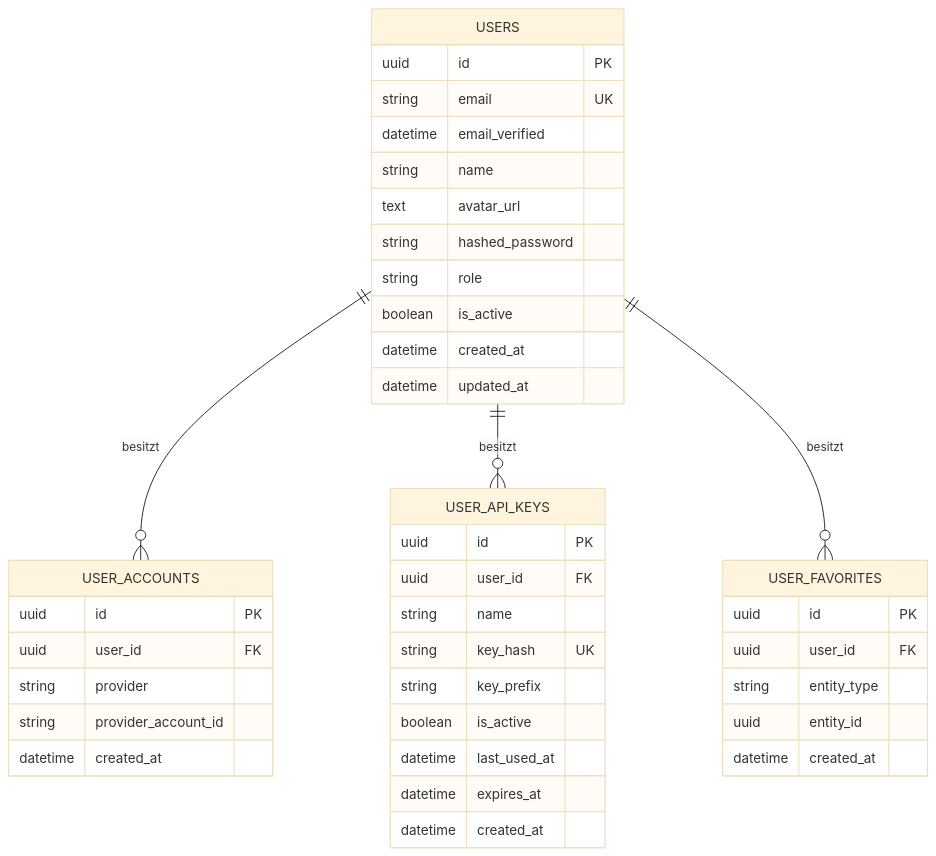
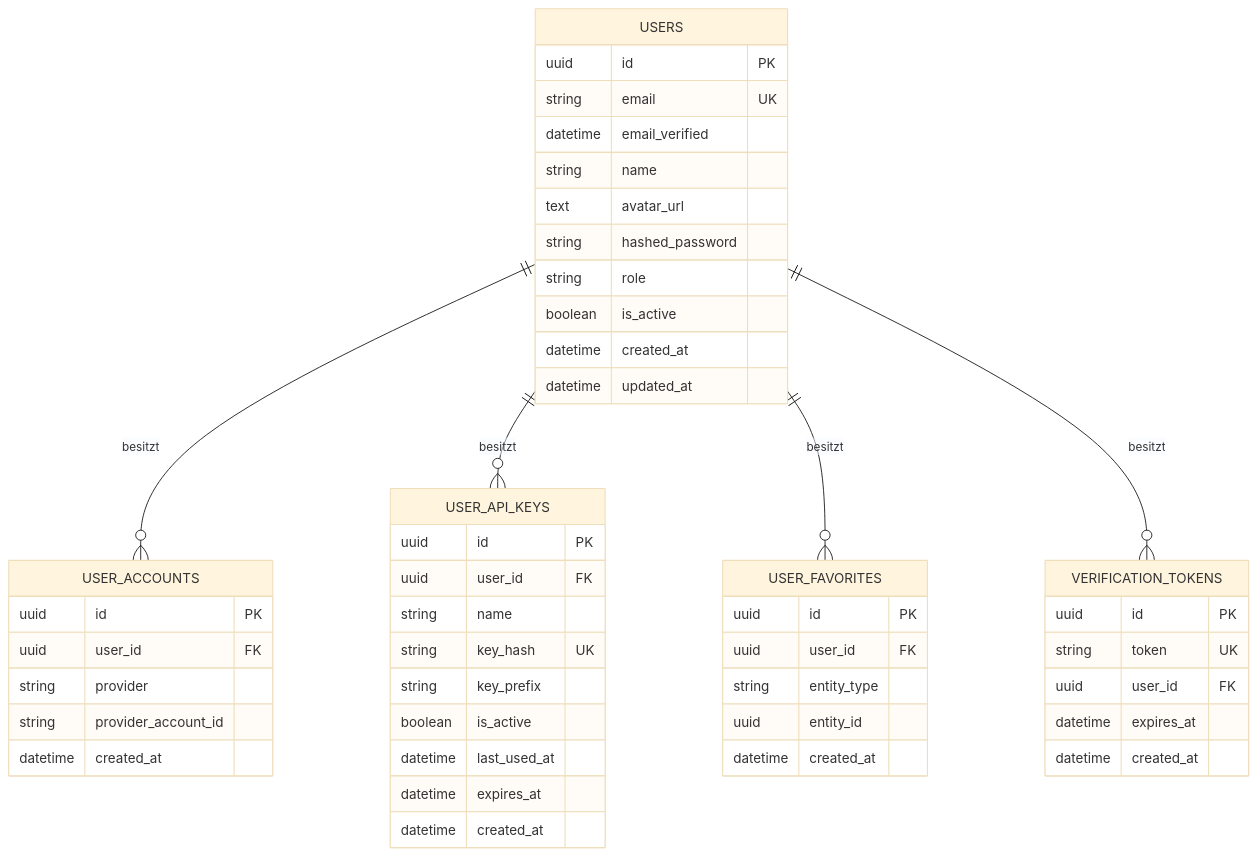
Before and after one commit to NormanPen/Politiklar: the fourth of 4 diagrams in docs/database-schema.md, drawn with Mermaid (base theme). The commit also changed other lines of this file and 13 other files, not shown here.

Commit message:
feat: add email verification and user registration flow

````diff
--- a/docs/database-schema.md
+++ b/docs/database-schema.md
@@ -143,44 +143,52 @@
 ```mermaid
 erDiagram
     USERS ||--o{ USER_ACCOUNTS : besitzt
     USERS ||--o{ USER_API_KEYS : besitzt
     USERS ||--o{ USER_FAVORITES : besitzt
+    USERS ||--o{ VERIFICATION_TOKENS : besitzt
 
     USERS {
         uuid id PK
         string email UK
         datetime email_verified
         string name
         text avatar_url
         string hashed_password
         string role
         boolean is_active
         datetime created_at
         datetime updated_at
+    }
+    VERIFICATION_TOKENS {
+        uuid id PK
+        string token UK
+        uuid user_id FK
+        datetime expires_at
+        datetime created_at
     }
     USER_ACCOUNTS {
         uuid id PK
         uuid user_id FK
         string provider
         string provider_account_id
         datetime created_at
     }
     USER_API_KEYS {
         uuid id PK
         uuid user_id FK
         string name
         string key_hash UK
         string key_prefix
         boolean is_active
         datetime last_used_at
         datetime expires_at
         datetime created_at
     }
     USER_FAVORITES {
         uuid id PK
         uuid user_id FK
         string entity_type
         uuid entity_id
         datetime created_at
     }
 ```
````
